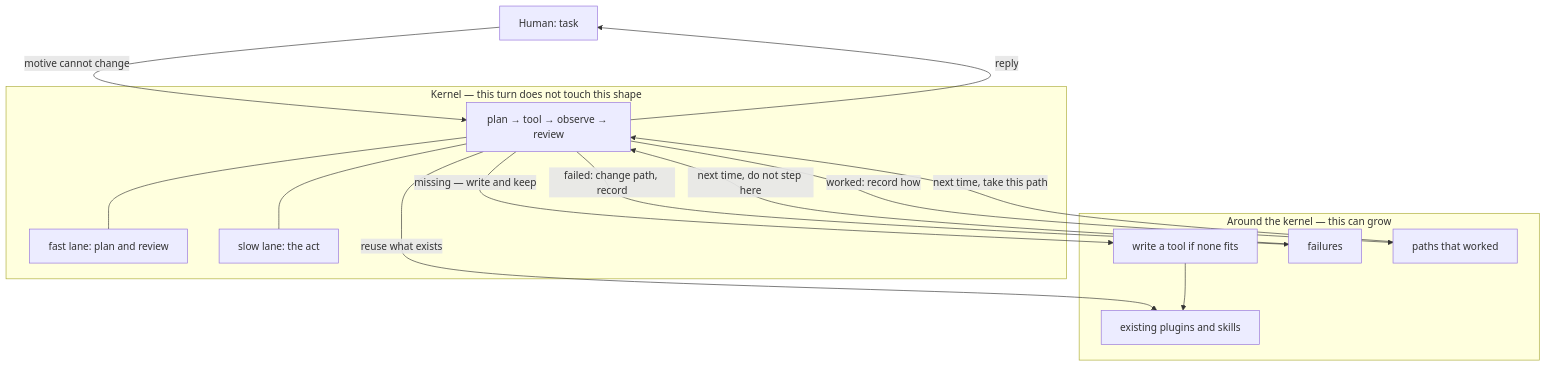
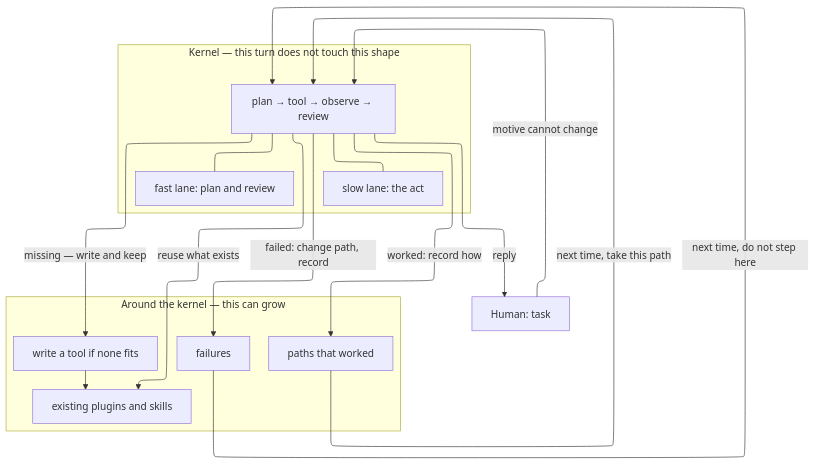
One commit to sergey-show/barney changed the diagram in README.md. Above: the diagram before and after it, drawn with Mermaid. The commit also changed 1 other file, not shown here.

````diff
--- a/README.md
+++ b/README.md
@@ -37,29 +37,32 @@
 ```mermaid
+---
+config:
+  layout: elk
+  theme: mc
+---
 flowchart TB
-    Human[Human: task]
-    Human -->|motive cannot change| Loop
+ subgraph Kernel["Kernel — this turn does not touch this shape"]
+        Loop["plan → tool → observe → review"]
+        Fast["fast lane: plan and review"]
+        Slow["slow lane: the act"]
+  end
+ subgraph Around["Around the kernel — this can grow"]
+        Plugins["existing plugins and skills"]
+        Own["write a tool if none fits"]
+        FailMem["failures"]
+        WinMem["paths that worked"]
+  end
+    Human["Human: task"] -- motive cannot change --> Loop
+    Loop --- Fast & Slow
+    Loop -- reuse what exists --> Plugins
+    Loop -- missing — write and keep --> Own
+    Own --> Plugins
+    Loop -- failed: change path, record --> FailMem
+    FailMem -- next time, do not step here --> Loop
+    Loop -- worked: record how --> WinMem
+    WinMem L_WinMem_Loop_0@-- next time, take this path --> Loop
+    Loop -- reply --> Human
 
-    subgraph Kernel["Kernel — this turn does not touch this shape"]
-        Loop[plan → tool → observe → review]
-        Fast[fast lane: plan and review]
-        Slow[slow lane: the act]
-        Loop --- Fast
-        Loop --- Slow
-    end
 
-    subgraph Around["Around the kernel — this can grow"]
-        Plugins[existing plugins and skills]
-        Own[write a tool if none fits]
-        FailMem[failures]
-        WinMem[paths that worked]
-    end
-
-    Loop -->|reuse what exists| Plugins
-    Loop -->|missing — write and keep| Own
-    Own --> Plugins
-    Loop -->|failed: change path, record| FailMem
-    FailMem -->|next time, do not step here| Loop
-    Loop -->|worked: record how| WinMem
-    WinMem -->|next time, take this path| Loop
-    Loop -->|reply| Human
+    L_WinMem_Loop_0@{ animation: none }
 ```
````
